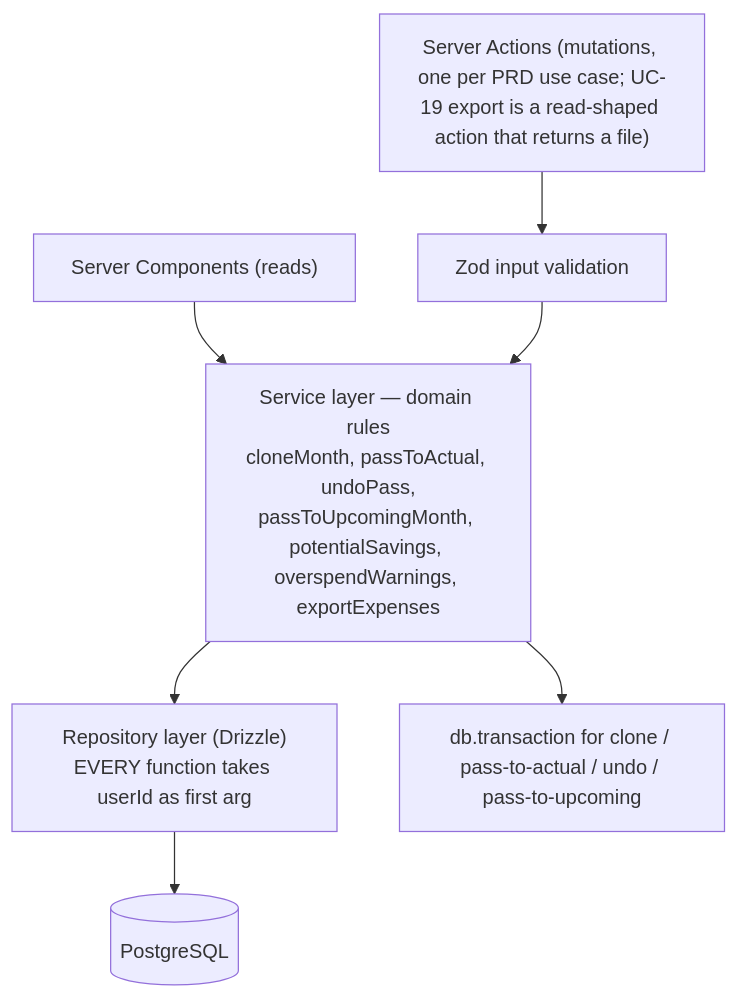
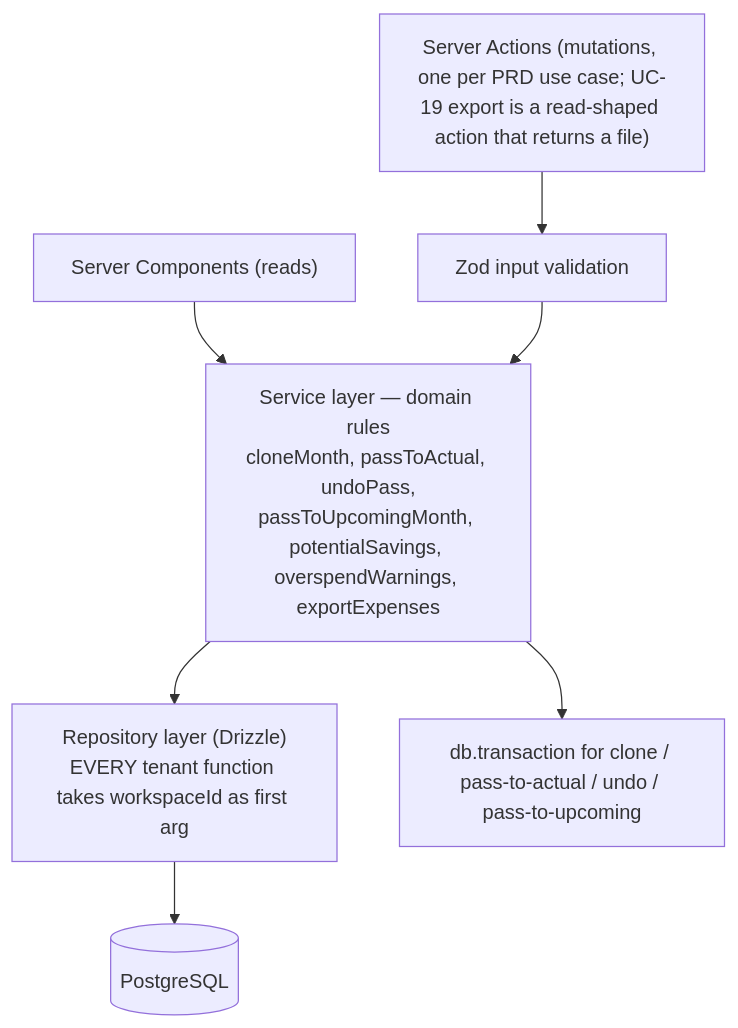
The fourth of 4 diagrams in docs/architecture/ARCHITECTURE.md (jsoladur/monthly-expenses), drawn with Mermaid before and after one commit. The commit also changed other lines of this file and 8 other files, not shown here.

````diff
--- a/docs/architecture/ARCHITECTURE.md
+++ b/docs/architecture/ARCHITECTURE.md
@@ -197,9 +223,9 @@
 ```mermaid
 flowchart TD
     RSC["Server Components (reads)"] --> SVC
     ACT["Server Actions (mutations, one per PRD use case; UC-19 export is a read-shaped action that returns a file)"] --> ZOD["Zod input validation"]
     ZOD --> SVC["Service layer — domain rules<br/>cloneMonth, passToActual, undoPass,<br/>passToUpcomingMonth, potentialSavings, overspendWarnings, exportExpenses"]
-    SVC --> REPO["Repository layer (Drizzle)<br/>EVERY function takes userId as first arg"]
+    SVC --> REPO["Repository layer (Drizzle)<br/>EVERY tenant function takes workspaceId as first arg"]
     REPO --> DB[("PostgreSQL")]
     SVC --> TX["db.transaction for clone / pass-to-actual / undo / pass-to-upcoming"]
 ```
````
